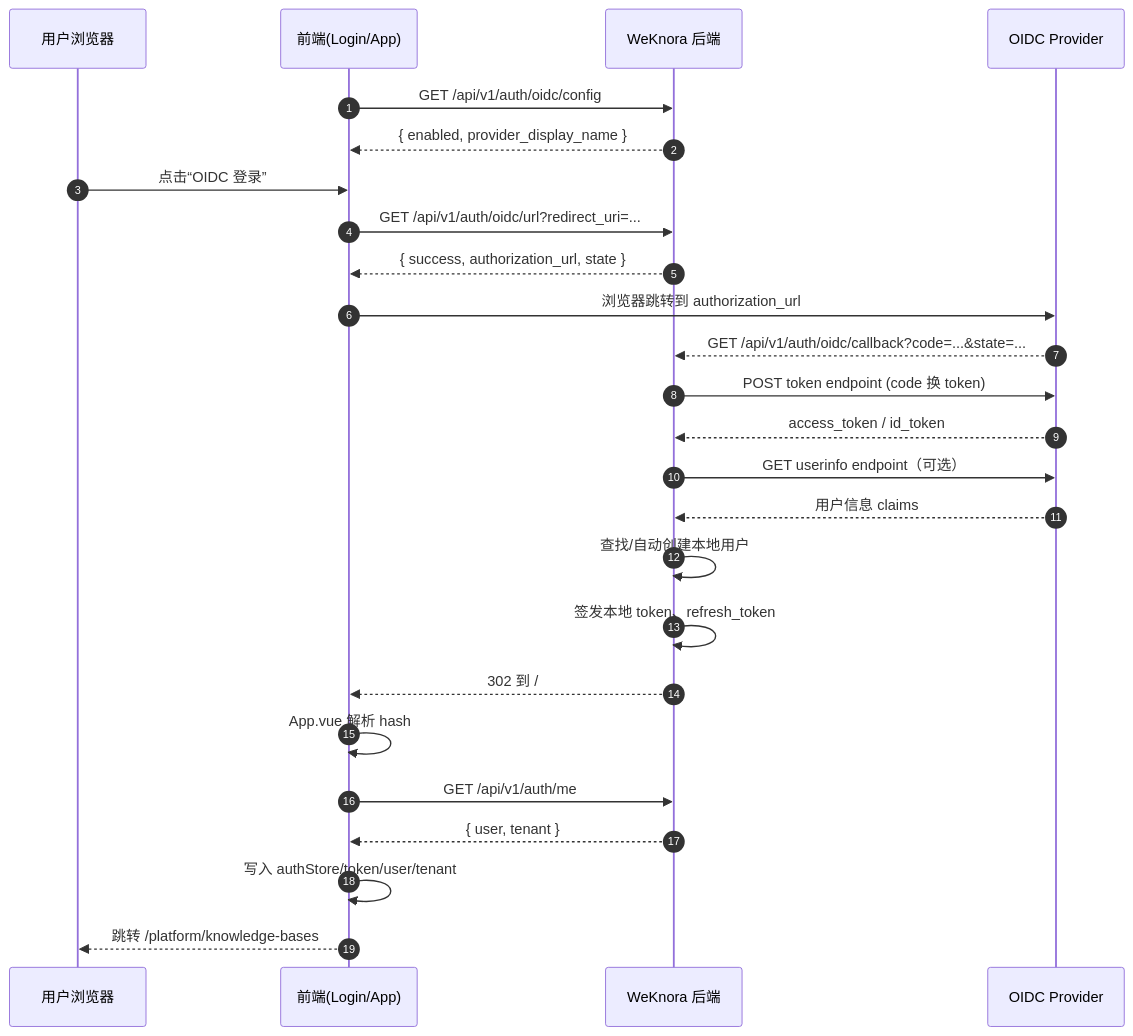
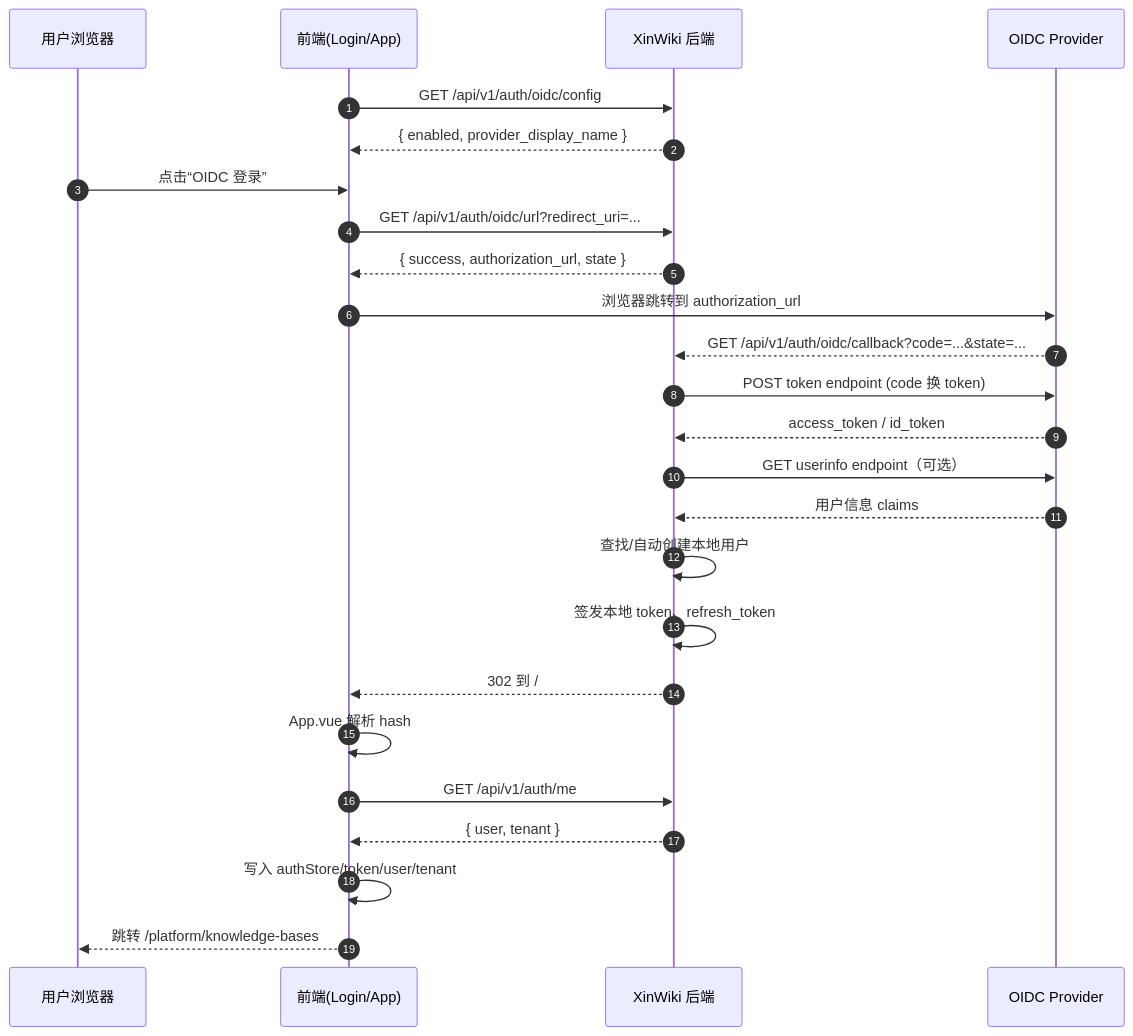
One commit to tohnee/xinwiki-new changed the first of 2 diagrams in docs/OIDC认证调用流程.md. Above: the diagram before and after it, drawn with Mermaid. The commit also changed other lines of this file and 1233 other files, not shown here.

````diff
--- a/docs/OIDC认证调用流程.md
+++ b/docs/OIDC认证调用流程.md
@@ -69,32 +69,32 @@
 ```mermaid
 sequenceDiagram
     autonumber
     participant U as 用户浏览器
     participant FE as 前端(Login/App)
-    participant BE as WeKnora 后端
+    participant BE as XinWiki 后端
     participant OP as OIDC Provider
 
     FE->>BE: GET /api/v1/auth/oidc/config
     BE-->>FE: { enabled, provider_display_name }
 
     U->>FE: 点击“OIDC 登录”
     FE->>BE: GET /api/v1/auth/oidc/url?redirect_uri=...
     BE-->>FE: { success, authorization_url, state }
     FE->>OP: 浏览器跳转到 authorization_url
 
     OP-->>BE: GET /api/v1/auth/oidc/callback?code=...&state=...
     BE->>OP: POST token endpoint (code 换 token)
     OP-->>BE: access_token / id_token
     BE->>OP: GET userinfo endpoint（可选）
     OP-->>BE: 用户信息 claims
 
     BE->>BE: 查找/自动创建本地用户
     BE->>BE: 签发本地 token、refresh_token
     BE-->>FE: 302 到 /#oidc_result=...
 
     FE->>FE: App.vue 解析 hash
     FE->>BE: GET /api/v1/auth/me
     BE-->>FE: { user, tenant }
     FE->>FE: 写入 authStore/token/user/tenant
     FE-->>U: 跳转 /platform/knowledge-bases
 ```
````
